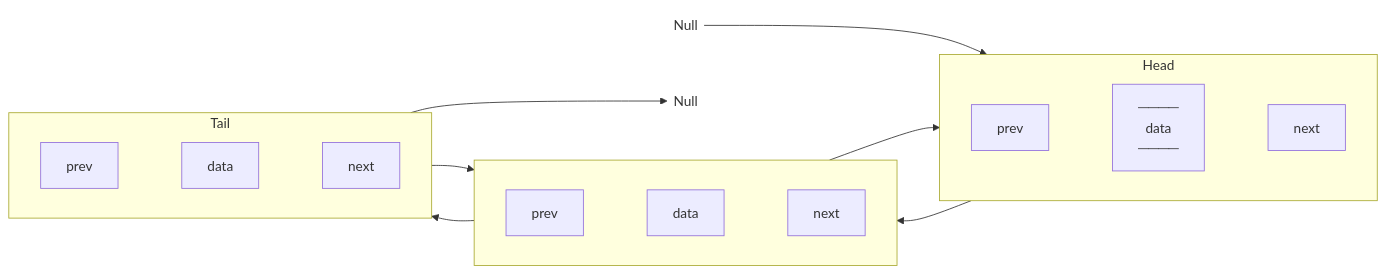
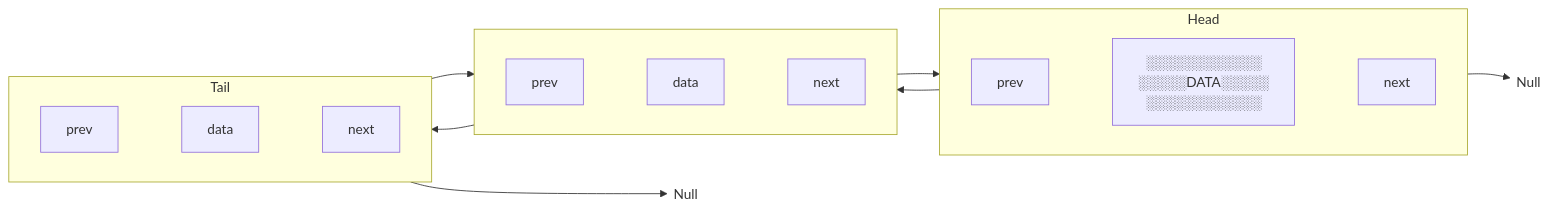
One commit to ViktSh-SPb/Java-Learn changed the second of 2 diagrams in README.md. Above: the diagram before and after it, drawn with Mermaid.

Commit message:
vault backup: 2025-06-18 10:58:39

````diff
--- a/README.md
+++ b/README.md
@@ -42,26 +42,27 @@
 ```mermaid
 %%{init: {'config': {'width': '100%', 'useMaxWidth': true}}}%%
 flowchart LR
+	NodeH@{ shape: text, label: "Null" } ~~~ NodeA
     subgraph NodeA["Head"]
         direction LR
-        A_prev[prev] ~~~ A_val[────
-        data
-        ────] ~~~ A_next[next]
+        A_prev[prev] ~~~ A_val[░░░░░░░░░░░░
+        ░░░░░DATA░░░░░
+        ░░░░░░░░░░░░] ~~~ A_next[next]
     end
     subgraph NodeB[" "]
         direction LR
         B_prev[prev] ~~~ B_val[data] ~~~ B_next[next]
     end
     subgraph NodeC["Tail"]
         direction LR
         С_prev[prev] ~~~C_val[data] ~~~ C_next[next]
     end
     A_next --> NodeB
     B_next --> NodeC
     С_prev --> NodeB
     B_prev --> NodeA
     C_next --> NodeT@{ shape: text, label: "Null" }
-    NodeH@{ shape: text, label: "Null" } --> NodeA
+    A_prev --> NodeH
     
 
 ```
````
